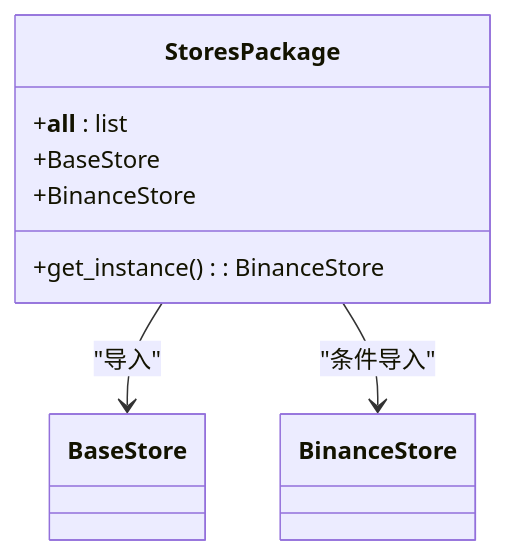
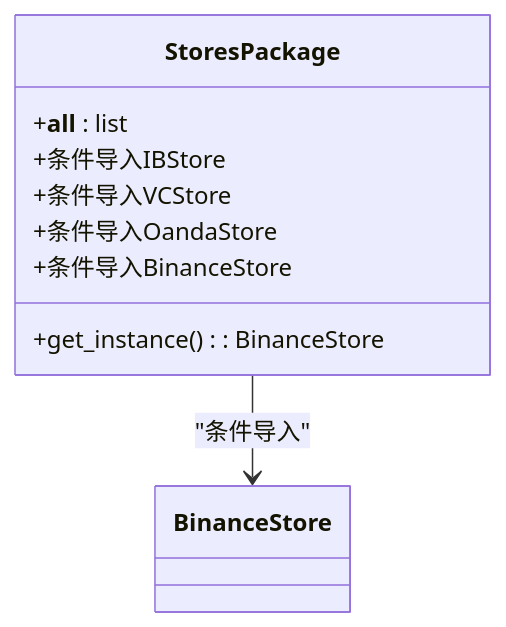
Before and after one commit to bench-prog/backtrader: the fifth of 6 diagrams in .qoder/repowiki/zh/content/实盘交易模块/Binance交易所集成/BinanceStore存储层.md, drawn with Mermaid. The commit also changed other lines of this file and 23 other files, not shown here.

````diff
--- a/.qoder/repowiki/zh/content/实盘交易模块/Binance交易所集成/BinanceStore存储层.md
+++ b/.qoder/repowiki/zh/content/实盘交易模块/Binance交易所集成/BinanceStore存储层.md
@@ -197,11 +239,12 @@
 ```mermaid
 classDiagram
 class StoresPackage {
 +__all__ : list
 +get_instance() : BinanceStore
-+BaseStore
-+BinanceStore
++条件导入IBStore
++条件导入VCStore
++条件导入OandaStore
++条件导入BinanceStore
 }
-StoresPackage --> BaseStore : "导入"
 StoresPackage --> BinanceStore : "条件导入"
 ```
````
